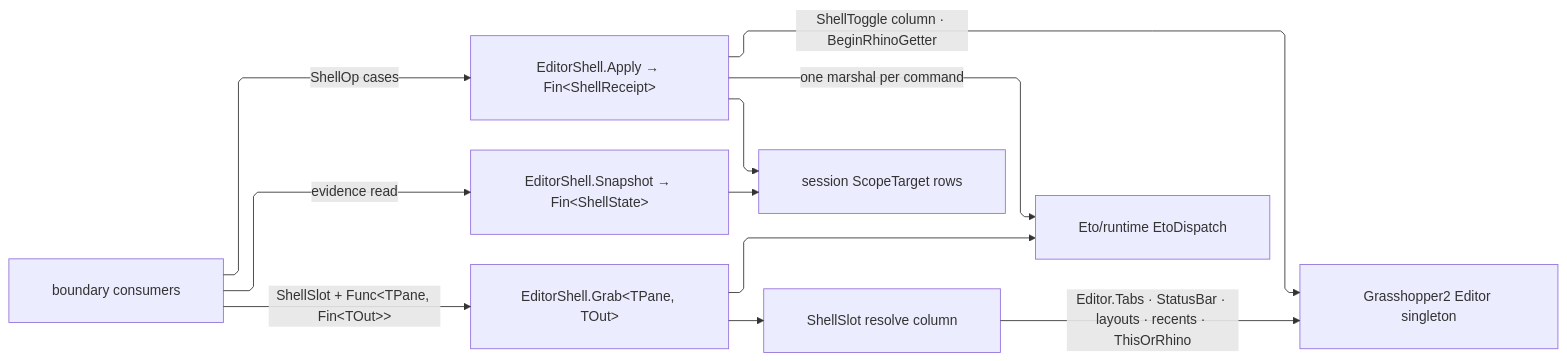
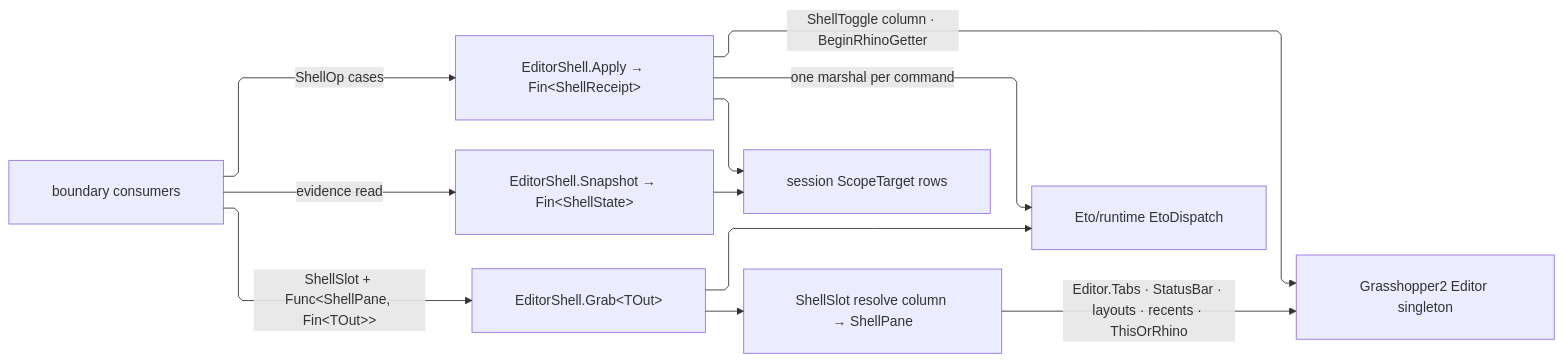
Before and after one commit to bsamiee/Rasm: the diagram in libs/csharp/Rasm.Grasshopper/.planning/Shell/editor.md, drawn with Mermaid. The commit also changed other lines of this file and 693 other files, not shown here.

````diff
--- a/libs/csharp/Rasm.Grasshopper/.planning/Shell/editor.md
+++ b/libs/csharp/Rasm.Grasshopper/.planning/Shell/editor.md
@@ -165,22 +192,22 @@
 ```mermaid
 ---
 config:
   layout: elk
   flowchart:
     curve: linear
     padding: 25
 ---
 flowchart LR
     accTitle: Three editor-shell gates over one singleton
     accDescr: Boundary consumers reach the GH2 editor singleton through three EditorShell gates — command settlement, state snapshot, and typed pane projection — each acquiring scope through the session rows and resolving panes through the slot column inside one marshal.
     Consumer["boundary consumers"] -->|ShellOp cases| Apply["EditorShell.Apply → Fin&lt;ShellReceipt&gt;"]
     Consumer -->|evidence read| Snapshot["EditorShell.Snapshot → Fin&lt;ShellState&gt;"]
-    Consumer -->|"ShellSlot + Func&lt;TPane, Fin&lt;TOut&gt;&gt;"| Grab["EditorShell.Grab&lt;TPane, TOut&gt;"]
+    Consumer -->|"ShellSlot + Func&lt;ShellPane, Fin&lt;TOut&gt;&gt;"| Grab["EditorShell.Grab&lt;TOut&gt;"]
     Apply --> Scope["session ScopeTarget rows"]
     Snapshot --> Scope
-    Grab --> Slots["ShellSlot resolve column"]
+    Grab --> Slots["ShellSlot resolve column → ShellPane"]
     Slots -->|"Editor.Tabs · StatusBar · layouts · recents · ThisOrRhino"| Host["Grasshopper2 Editor singleton"]
     Apply -->|"ShellToggle column · BeginRhinoGetter"| Host
     Apply -->|one marshal per command| Dispatch["Eto/runtime EtoDispatch"]
     Grab --> Dispatch
 ```
````
